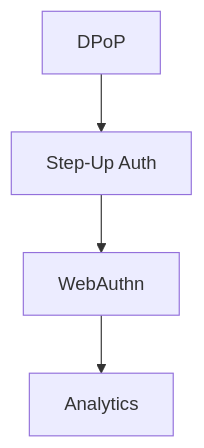
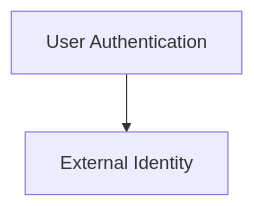
Before and after one commit to royzah/OryxID: the sixth of 6 diagrams in TODO.md, drawn with Mermaid. The commit also changed other lines of this file, not shown here.

First line of the commit message:
Refocus roadmap on M2M API security use case

````diff
--- a/TODO.md
+++ b/TODO.md
@@ -203,6 +153,4 @@
 ```mermaid
 flowchart TD
-    A[DPoP] --> B[Step-Up Auth]
-    B --> C[WebAuthn]
-    C --> D[Analytics]
+    A[User Authentication] --> B[External Identity]
 ```
````
